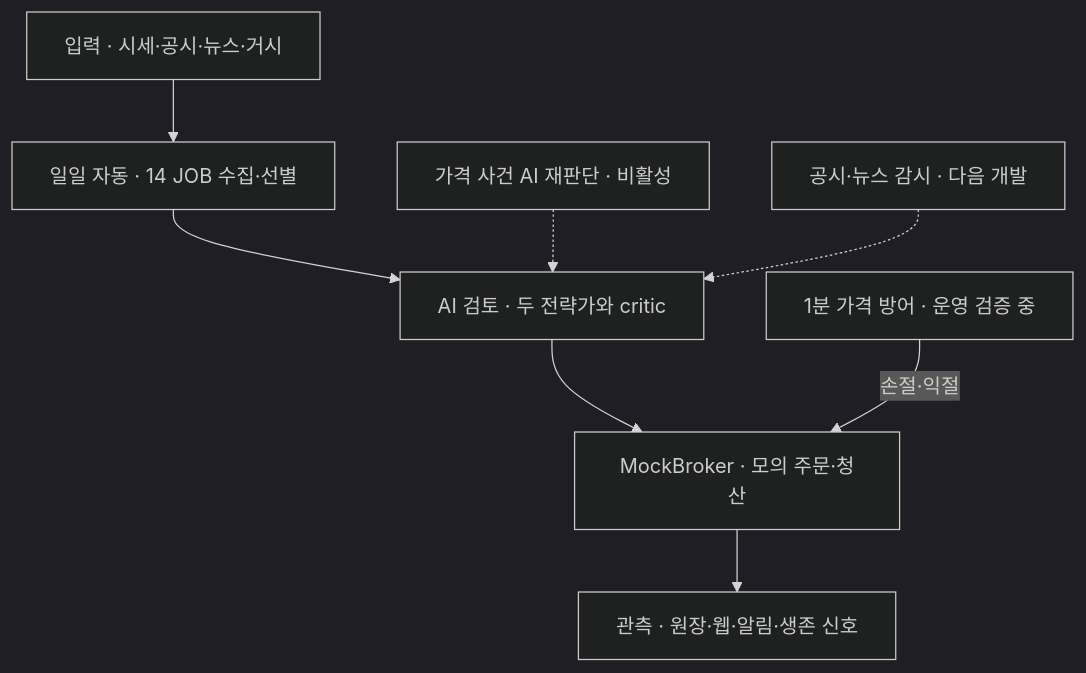
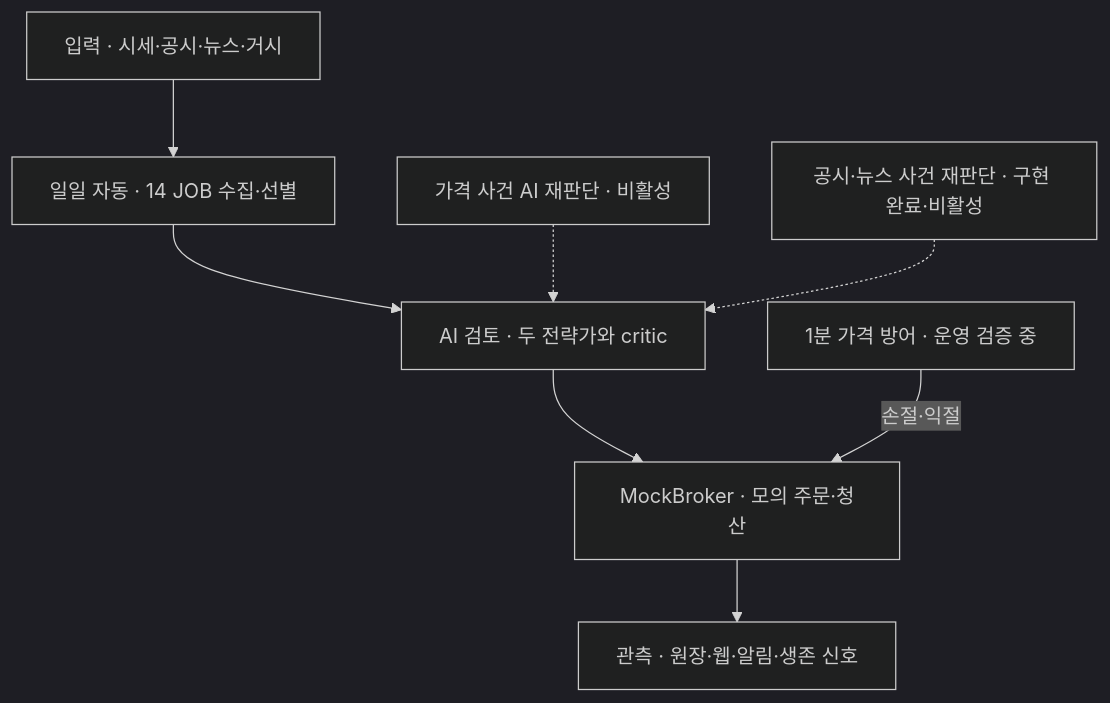
Before and after one commit to jaymunsh/quantinue: the diagram in docs/weekly-report-second-week.md, drawn with Mermaid (dark theme). The commit also changed other lines of this file and 5 other files, not shown here.

````diff
--- a/docs/weekly-report-second-week.md
+++ b/docs/weekly-report-second-week.md
@@ -29,11 +29,11 @@
 ```mermaid
 flowchart TB
     A["입력 · 시세·공시·뉴스·거시"] --> B["일일 자동 · 14 JOB 수집·선별"]
     B --> C["AI 검토 · 두 전략가와 critic"]
     C --> D["MockBroker · 모의 주문·청산"]
     D --> E["관측 · 원장·웹·알림·생존 신호"]
 
     F["1분 가격 방어 · 운영 검증 중"] -->|손절·익절| D
     G["가격 사건 AI 재판단 · 비활성"] -.-> C
-    H["공시·뉴스 감시 · 다음 개발"] -.-> C
+    H["공시·뉴스 사건 재판단 · 구현 완료·비활성"] -.-> C
 ```
````
